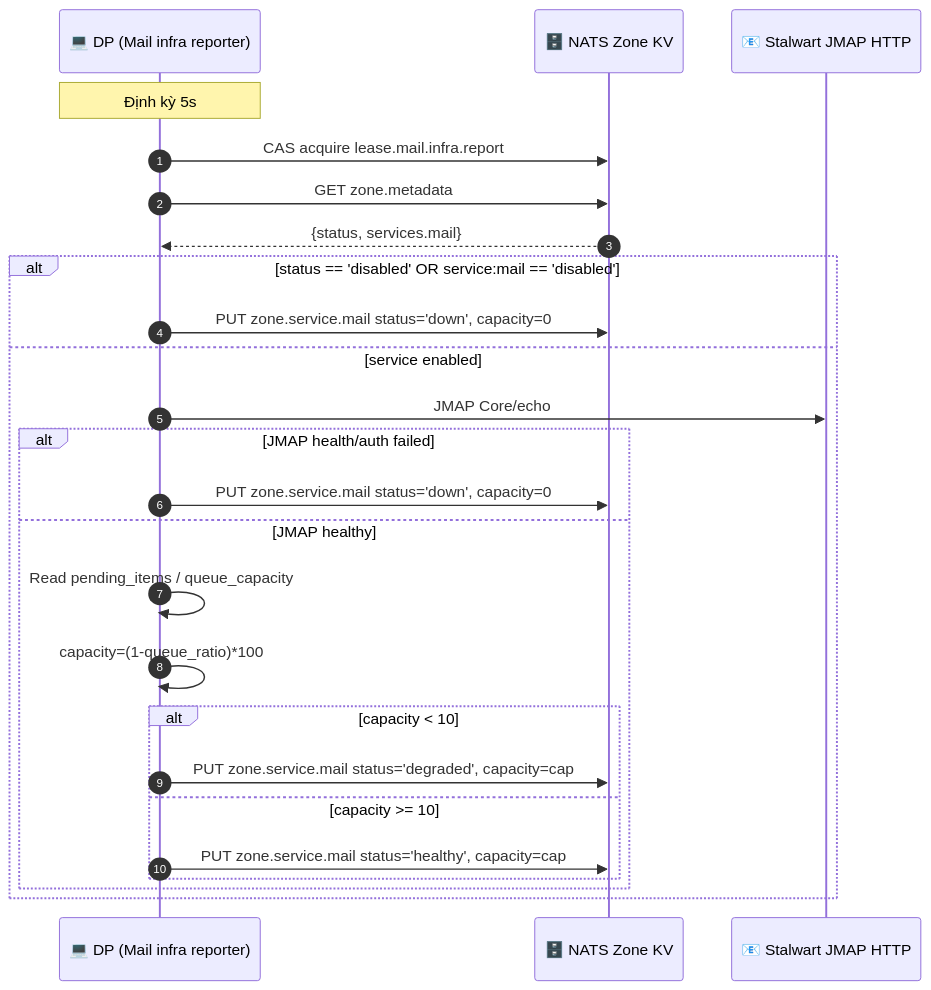
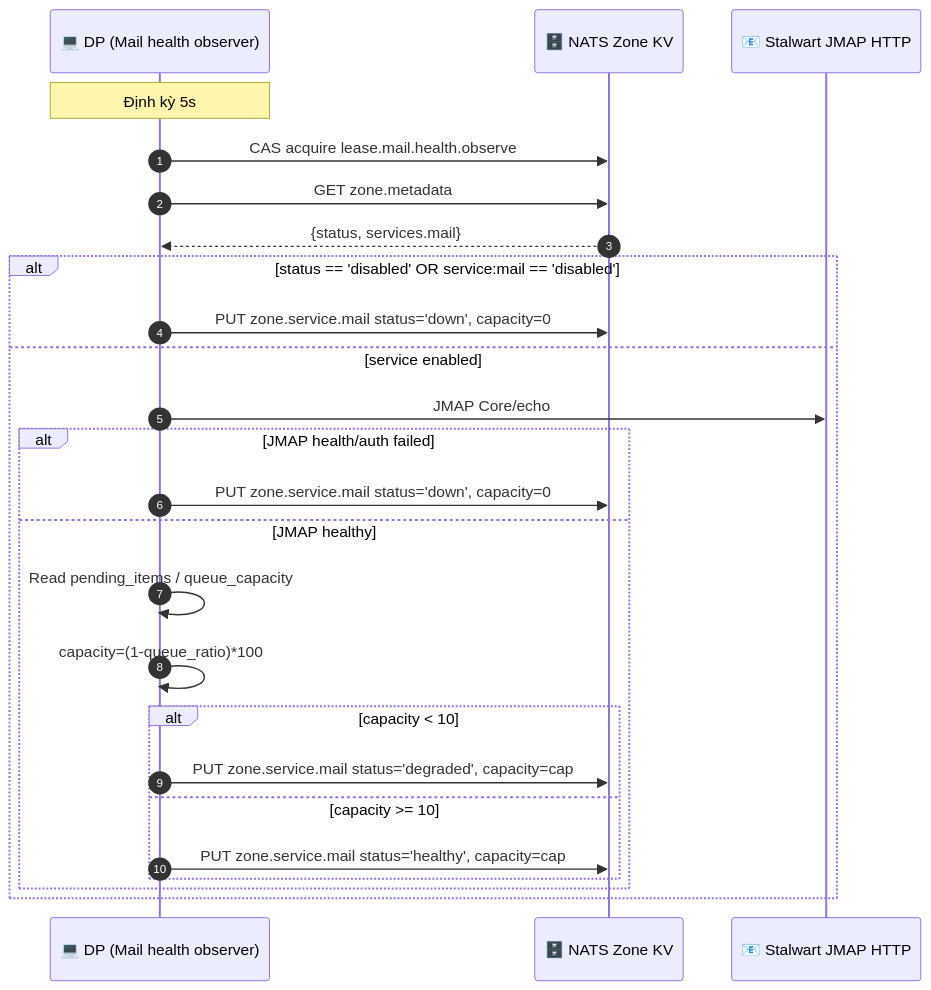
Before and after one commit to phucle996/aurora: diagram 16 of 21 in god_view/hierarchy/zone_lifecycle_god_view.md, drawn with Mermaid. The commit also changed other lines of this file and 77 other files, not shown here.

````diff
--- a/god_view/hierarchy/zone_lifecycle_god_view.md
+++ b/god_view/hierarchy/zone_lifecycle_god_view.md
@@ -848,29 +848,29 @@
 ```mermaid
 sequenceDiagram
     autonumber
-    participant DP as 💻 DP (Mail infra reporter)
+    participant DP as 💻 DP (Mail health observer)
     participant KV as 🗄️ NATS Zone KV
     participant SW as 📧 Stalwart JMAP HTTP
 
     Note over DP: Định kỳ 5s
-    DP->>KV: CAS acquire lease.mail.infra.report
+    DP->>KV: CAS acquire lease.mail.health.observe
     DP->>KV: GET zone.metadata
     KV-->>DP: {status, services.mail}
 
     alt status == 'disabled' OR service:mail == 'disabled'
         DP->>KV: PUT zone.service.mail status='down', capacity=0
     else service enabled
         DP->>SW: JMAP Core/echo
         alt JMAP health/auth failed
             DP->>KV: PUT zone.service.mail status='down', capacity=0
         else JMAP healthy
             DP->>DP: Read pending_items / queue_capacity
             DP->>DP: capacity=(1-queue_ratio)*100
             alt capacity < 10
                 DP->>KV: PUT zone.service.mail status='degraded', capacity=cap
             else capacity >= 10
                 DP->>KV: PUT zone.service.mail status='healthy', capacity=cap
             end
         end
     end
 ```
````
